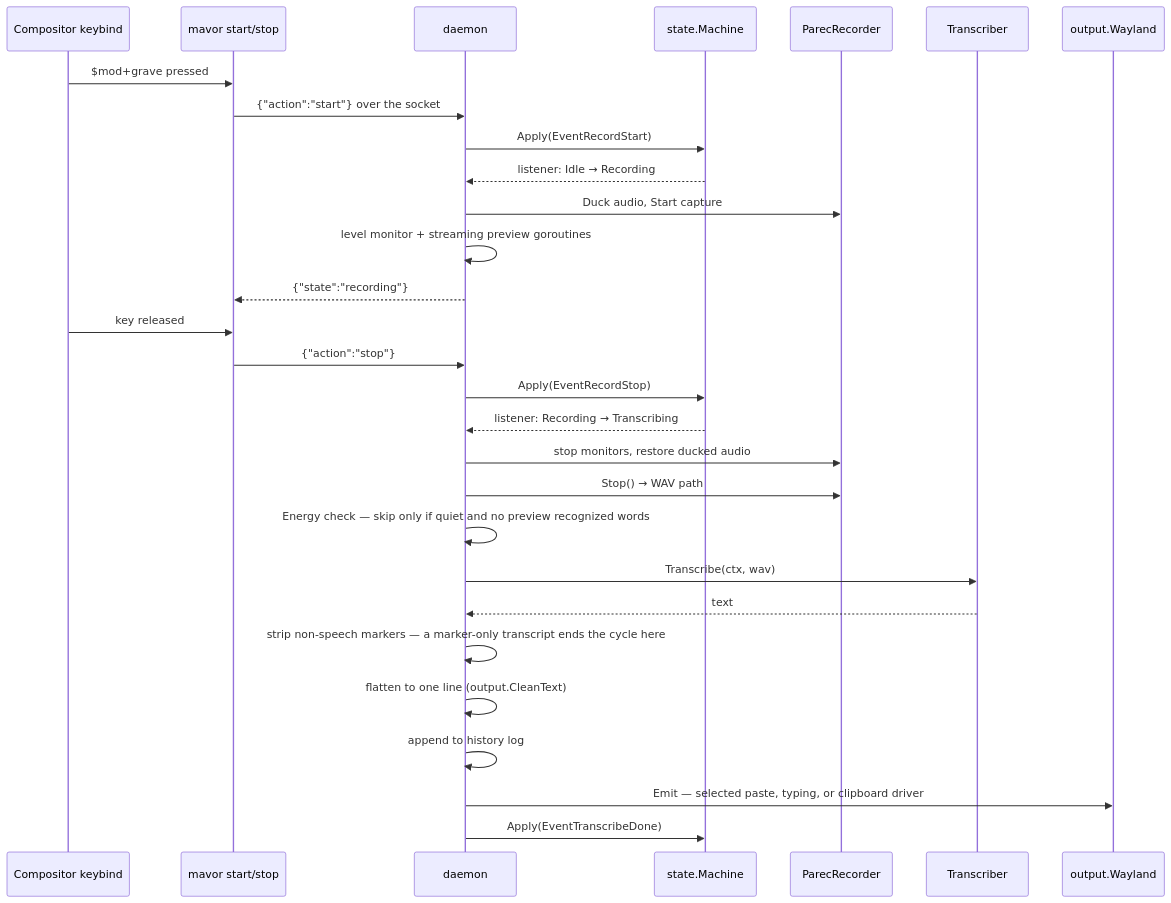
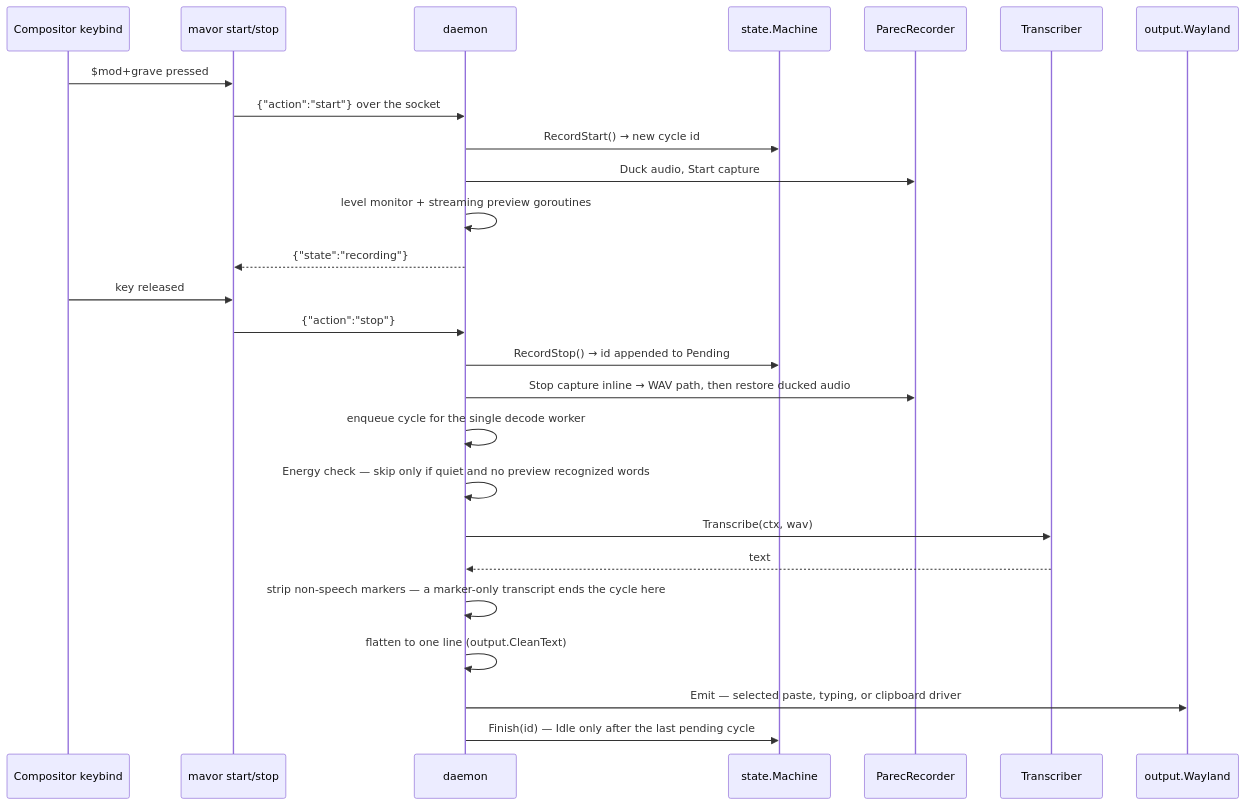
The diagram in docs/reference/how-mavor-works.md (mschulkind-oss/mavor), drawn with Mermaid before and after one commit. The commit also changed other lines of this file and 6 other files, not shown here.

````diff
--- a/docs/reference/how-mavor-works.md
+++ b/docs/reference/how-mavor-works.md
@@ -180,32 +212,29 @@
 ```mermaid
 sequenceDiagram
     participant K as Compositor keybind
     participant C as mavor start/stop
     participant D as daemon
     participant M as state.Machine
     participant A as ParecRecorder
     participant S as Transcriber
     participant O as output.Wayland
 
     K->>C: $mod+grave pressed
     C->>D: {"action":"start"} over the socket
-    D->>M: Apply(EventRecordStart)
-    M-->>D: listener: Idle → Recording
+    D->>M: RecordStart() → new cycle id
     D->>A: Duck audio, Start capture
     D->>D: level monitor + streaming preview goroutines
     D-->>C: {"state":"recording"}
     K->>C: key released
     C->>D: {"action":"stop"}
-    D->>M: Apply(EventRecordStop)
-    M-->>D: listener: Recording → Transcribing
-    D->>A: stop monitors, restore ducked audio
-    D->>A: Stop() → WAV path
+    D->>M: RecordStop() → id appended to Pending
+    D->>A: Stop capture inline → WAV path, then restore ducked audio
+    D->>D: enqueue cycle for the single decode worker
     D->>D: Energy check — skip only if quiet and no preview recognized words
     D->>S: Transcribe(ctx, wav)
     S-->>D: text
     D->>D: strip non-speech markers — a marker-only transcript ends the cycle here
     D->>D: flatten to one line (output.CleanText)
-    D->>D: append to history log
     D->>O: Emit — selected paste, typing, or clipboard driver
-    D->>M: Apply(EventTranscribeDone)
+    D->>M: Finish(id) — Idle only after the last pending cycle
 ```
````
